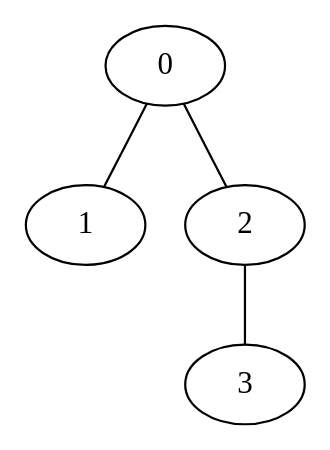
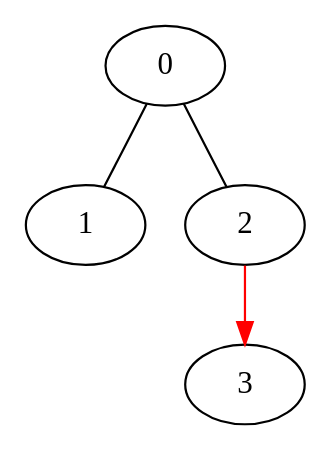
Before and after one commit to DSMishler/EBA_models: the diagram in EBA_graphviz/testrun/sim0018.dot, drawn with Graphviz. The commit also changed 42 other files, not shown here.

```diff
--- a/EBA_graphviz/testrun/sim0018.dot
+++ b/EBA_graphviz/testrun/sim0018.dot
@@ -1,11 +1,11 @@
 // network test graph
 digraph
 {
 	0 []
 	1 []
 	2 []
 	3 []
 	0 -> 1 [dir=none]
 	0 -> 2 [dir=none]
-	2 -> 3 [dir=none]
+	2 -> 3 [dir=forward,color=red]
 }
```
